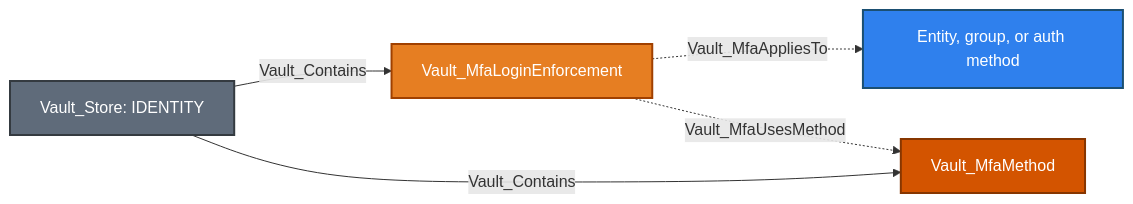
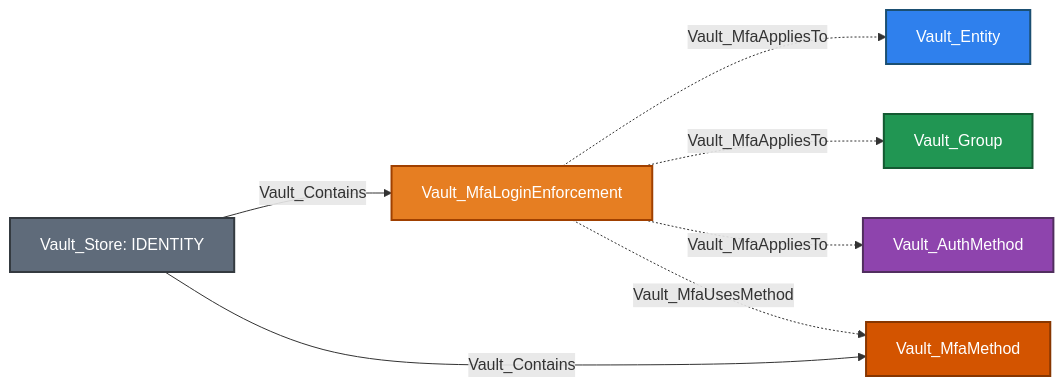
Before and after one commit to bytewreck/opengraph-vault: the ninth of 12 diagrams in Documentation/stores/IDENTITY.md, drawn with Mermaid. The commit also changed other lines of this file and 1 other file, not shown here.

````diff
--- a/Documentation/stores/IDENTITY.md
+++ b/Documentation/stores/IDENTITY.md
@@ -409,12 +450,16 @@
 ```mermaid
 flowchart LR
     store[Vault_Store: IDENTITY]:::storeNode -->|Vault_Contains| enforcement[Vault_MfaLoginEnforcement]:::mfaEnforcementNode
     store -->|Vault_Contains| method[Vault_MfaMethod]:::mfaMethodNode
-    enforcement -.->|Vault_MfaAppliesTo| target[Entity, group, or auth method]:::identityNode
+    enforcement -.->|Vault_MfaAppliesTo| entity[Vault_Entity]:::identityNode
+    enforcement -.->|Vault_MfaAppliesTo| group[Vault_Group]:::groupNode
+    enforcement -.->|Vault_MfaAppliesTo| auth[Vault_AuthMethod]:::authNode
     enforcement -.->|Vault_MfaUsesMethod| method
 
     classDef storeNode fill:#5F6B7A,color:#fff,stroke:#343A40,stroke-width:2px
     classDef identityNode fill:#2F80ED,color:#fff,stroke:#1B4F72,stroke-width:2px
+    classDef groupNode fill:#219653,color:#fff,stroke:#145A32,stroke-width:2px
+    classDef authNode fill:#8E44AD,color:#fff,stroke:#512E5F,stroke-width:2px
     classDef mfaEnforcementNode fill:#E67E22,color:#fff,stroke:#A04000,stroke-width:2px
     classDef mfaMethodNode fill:#D35400,color:#fff,stroke:#873600,stroke-width:2px
 ```
````
